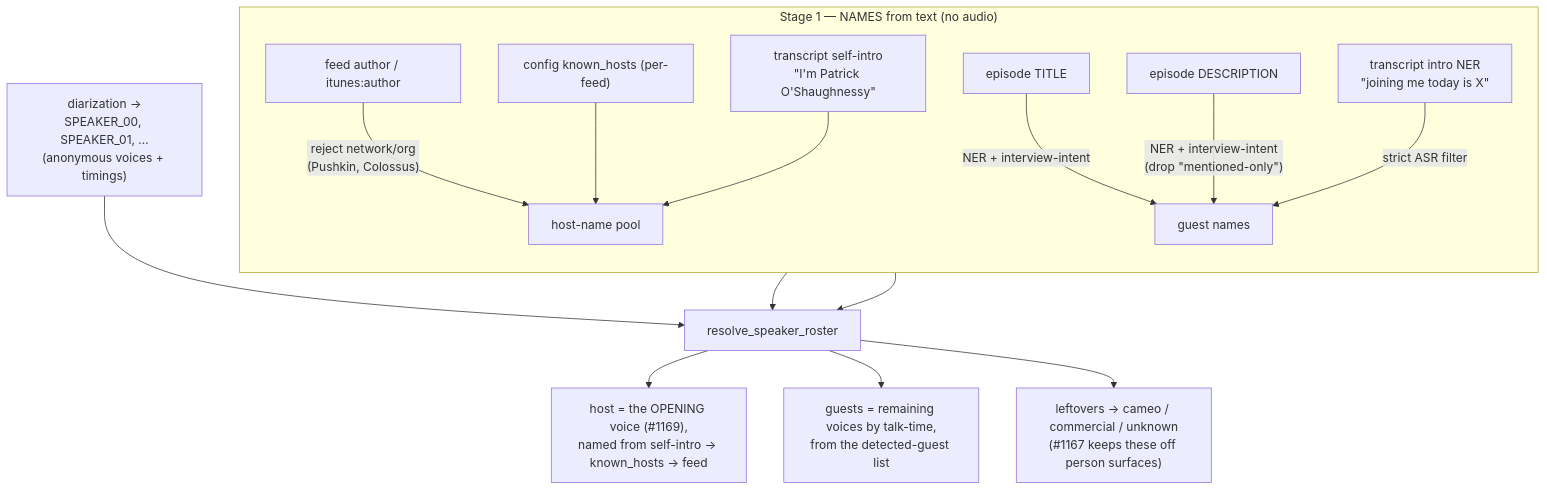
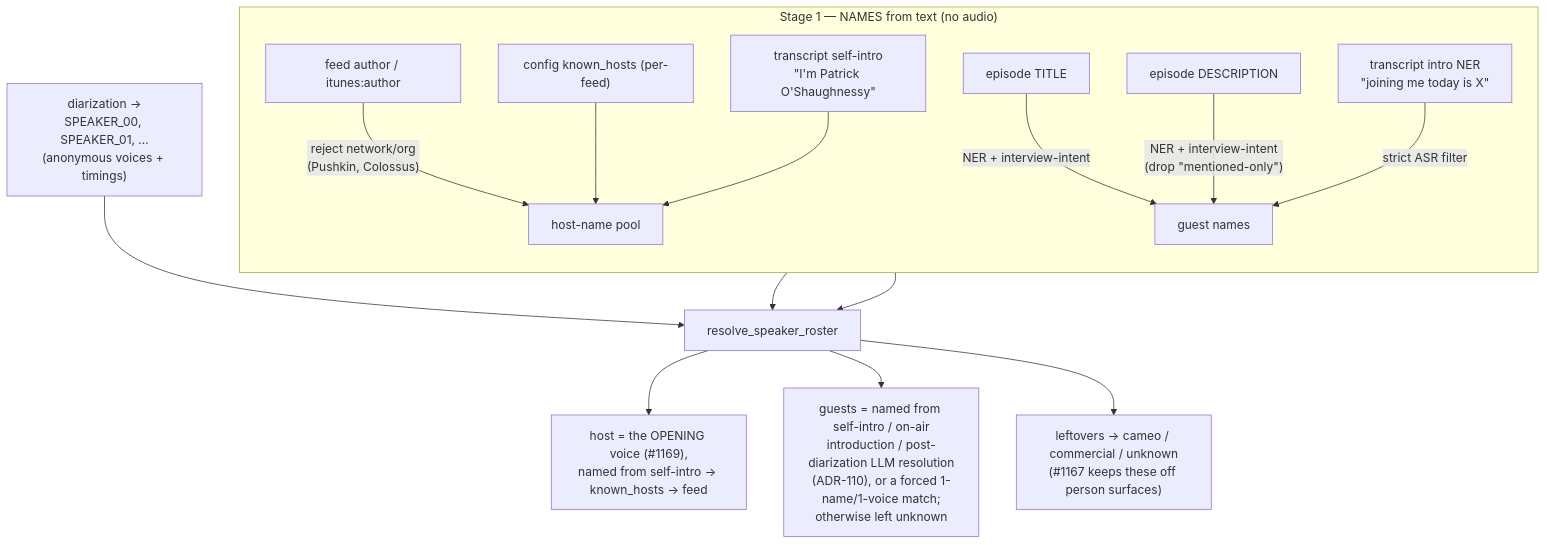
Before and after one commit to chipi/podcast_scraper: the diagram in docs/wip/SPEAKER-RESOLUTION-ROADMAP.md, drawn with Mermaid. The commit also changed 54 other files, not shown here.

````diff
--- a/docs/wip/SPEAKER-RESOLUTION-ROADMAP.md
+++ b/docs/wip/SPEAKER-RESOLUTION-ROADMAP.md
@@ -25,19 +25,19 @@
 ```mermaid
 flowchart TD
     subgraph S1["Stage 1 — NAMES from text (no audio)"]
         direction TB
         AUTH["feed author / itunes:author"] -->|"reject network/org<br/>(Pushkin, Colossus)"| HP["host-name pool"]
         KH["config known_hosts (per-feed)"] --> HP
         SI["transcript self-intro<br/>&quot;I'm Patrick O'Shaughnessy&quot;"] --> HP
         TITLE["episode TITLE"] -->|"NER + interview-intent"| GN["guest names"]
         DESC["episode DESCRIPTION"] -->|"NER + interview-intent<br/>(drop &quot;mentioned-only&quot;)"| GN
         INTRO["transcript intro NER<br/>&quot;joining me today is X&quot;"] -->|"strict ASR filter"| GN
     end
     DIA["diarization →<br/>SPEAKER_00, SPEAKER_01, …<br/>(anonymous voices + timings)"]
     HP --> RR["resolve_speaker_roster"]
     GN --> RR
     DIA --> RR
     RR --> O1["host = the OPENING voice (#1169),<br/>named from self-intro → known_hosts → feed"]
-    RR --> O2["guests = remaining voices by talk-time,<br/>from the detected-guest list"]
+    RR --> O2["guests = named from self-intro / on-air<br/>introduction / post-diarization LLM resolution<br/>(ADR-110), or a forced 1-name/1-voice match;<br/>otherwise left unknown"]
     RR --> O3["leftovers → cameo / commercial / unknown<br/>(#1167 keeps these off person surfaces)"]
 ```
````
